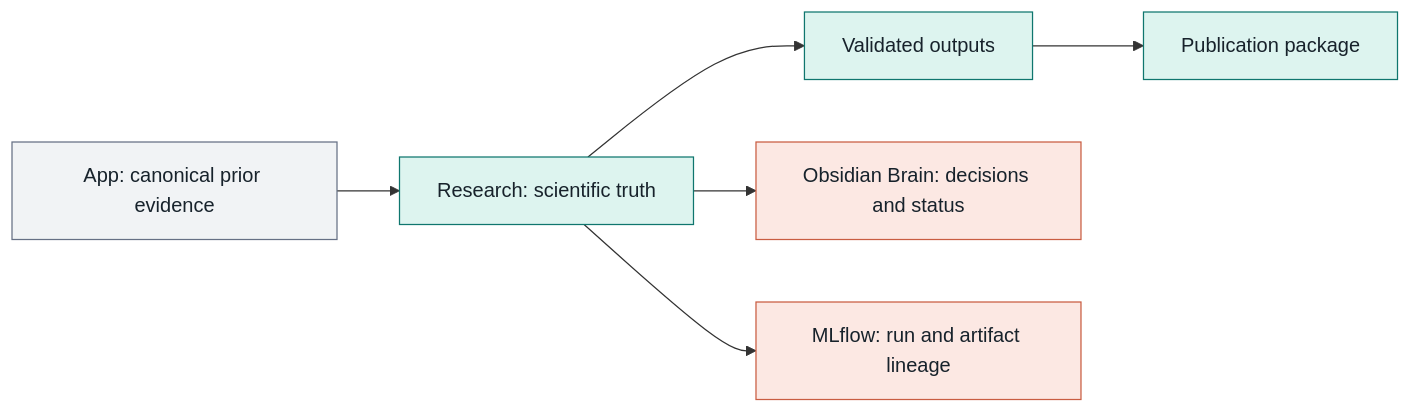
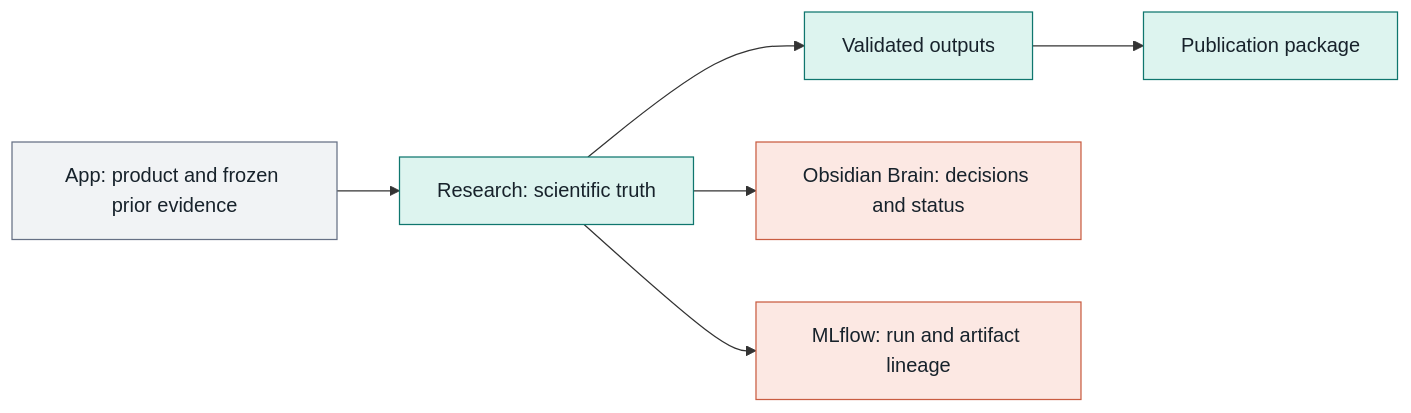
The diagram in 00_governance/RESEARCH_OPERATING_MODEL.md (siriponsri/myIS), drawn with Mermaid before and after one commit. The commit also changed other lines of this file and 28 other files, not shown here.

````diff
--- a/00_governance/RESEARCH_OPERATING_MODEL.md
+++ b/00_governance/RESEARCH_OPERATING_MODEL.md
@@ -6,18 +6,18 @@
 ```mermaid
 flowchart LR
     accTitle: Research system boundaries
     accDescr: Canonical application evidence enters Research, which produces governed outputs while the Brain records decisions and MLflow records run lineage.
 
-    App["App: canonical prior evidence"] --> Research["Research: scientific truth"]
+    App["App: product and frozen prior evidence"] --> Research["Research: scientific truth"]
     Research --> Outputs["Validated outputs"]
     Research --> Brain["Obsidian Brain: decisions and status"]
     Research --> MLflow["MLflow: run and artifact lineage"]
     Outputs --> Publication["Publication package"]
 
     classDef source fill:#F1F3F5,stroke:#667085,color:#17222B
     classDef agent fill:#DDF4EF,stroke:#0F766E,color:#17222B
     classDef control fill:#FCE8E3,stroke:#C95D42,color:#17222B
     class App source
     class Research,Outputs,Publication agent
     class Brain,MLflow control
 ```
````
